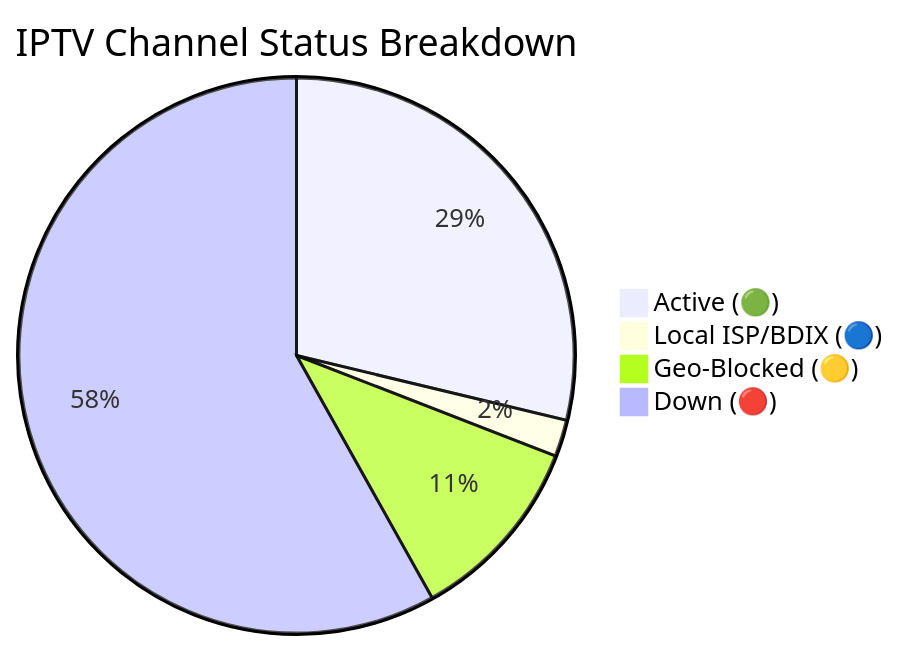
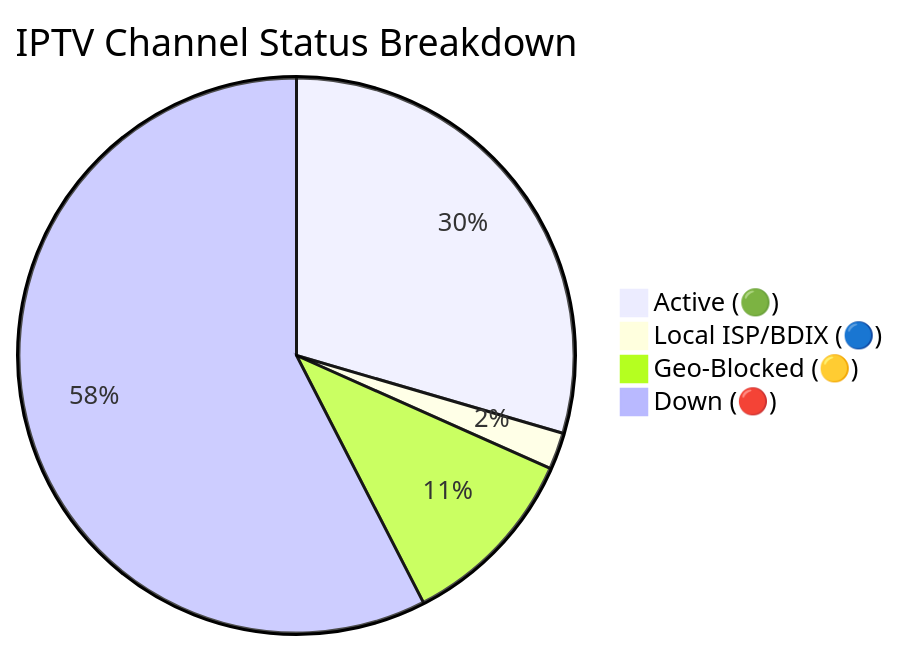
One commit to andreataylord/Ip-tv-Collection changed the diagram in README.md. Above: the diagram before and after it, drawn with Mermaid. The commit also changed other lines of this file and 1 other file, not shown here.

Commit message:
docs(readme): auto-update daily channel status chart

````diff
--- a/README.md
+++ b/README.md
@@ -59,7 +59,7 @@
 ```mermaid
 pie title IPTV Channel Status Breakdown
-    "Active (🟢)" : 1717
+    "Active (🟢)" : 1763
     "Local ISP/BDIX (🔵)" : 128
-    "Geo-Blocked (🟡)" : 656
-    "Down (🔴)" : 3471
+    "Geo-Blocked (🟡)" : 644
+    "Down (🔴)" : 3437
 ```
````
